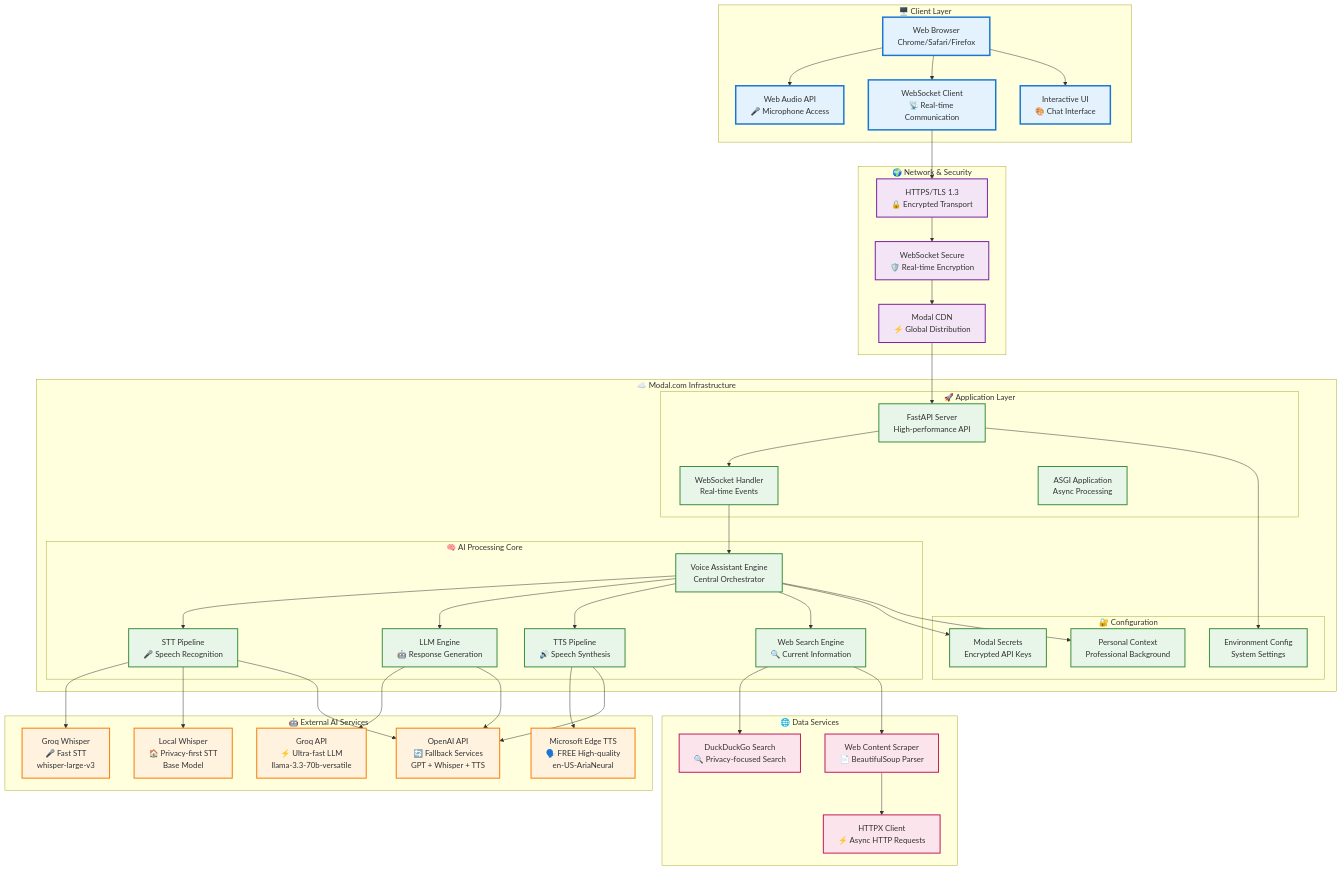
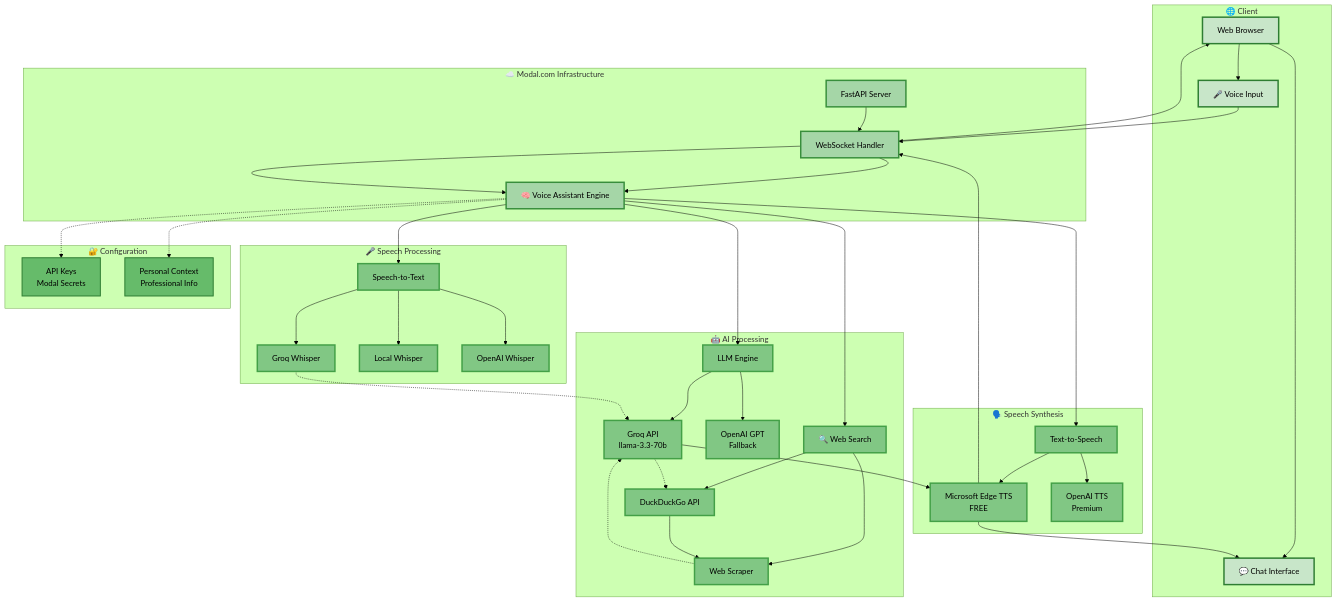
One commit to Mohan-this-side/Jackie-Personal-AI-Voice-Assistant changed the diagram in README.md. Above: the diagram before and after it, drawn with Mermaid. The commit also changed other lines of this file, not shown here.

````diff
--- a/README.md
+++ b/README.md
@@ -24,102 +20,72 @@
 ```mermaid
-graph TB
-    subgraph "🖥️ Client Layer"
-        Browser[Web Browser<br/>Chrome/Safari/Firefox]
-        WebAudio[Web Audio API<br/>🎤 Microphone Access]
-        WS_Client[WebSocket Client<br/>📡 Real-time Communication]
-        UI[Interactive UI<br/>🎨 Chat Interface]
+%%{init: {'theme':'forest'}}%%
+flowchart TD
+    subgraph "🌐 Client"
+        A[Web Browser] --> B[🎤 Voice Input]
+        A --> C[💬 Chat Interface]
     end
-
-    subgraph "🌍 Network & Security"
-        HTTPS[HTTPS/TLS 1.3<br/>🔒 Encrypted Transport]
-        WSS[WebSocket Secure<br/>🛡️ Real-time Encryption]
-        CDN[Modal CDN<br/>⚡ Global Distribution]
+    
+    subgraph "☁️ Modal.com Infrastructure"
+        D[FastAPI Server] --> E[WebSocket Handler]
+        E --> F[🧠 Voice Assistant Engine]
     end
-
-    subgraph "☁️ Modal.com Infrastructure"
-        subgraph "🚀 Application Layer"
-            FastAPI[FastAPI Server<br/>High-performance API]
-            WSHandler[WebSocket Handler<br/>Real-time Events]
-            ASGI[ASGI Application<br/>Async Processing]
-        end
+    
+    subgraph "🎤 Speech Processing"
+        F --> G[Speech-to-Text]
+        G --> G1[Groq Whisper]
+        G --> G2[Local Whisper]
+        G --> G3[OpenAI Whisper]
+    end
+    
+    subgraph "🤖 AI Processing"
+        F --> H[LLM Engine]
+        H --> H1[Groq API<br/>llama-3.3-70b]
+        H --> H2[OpenAI GPT<br/>Fallback]
         
-        subgraph "🧠 AI Processing Core"
-            VoiceAssistant[Voice Assistant Engine<br/>Central Orchestrator]
-            STTPipeline[STT Pipeline<br/>🎤 Speech Recognition]
-            LLMEngine[LLM Engine<br/>🤖 Response Generation]
-            TTSPipeline[TTS Pipeline<br/>🔊 Speech Synthesis]
-            WebSearcher[Web Search Engine<br/>🔍 Current Information]
-        end
-        
-        subgraph "🔐 Configuration"
-            Secrets[Modal Secrets<br/>Encrypted API Keys]
-            Context[Personal Context<br/>Professional Background]
-            Config[Environment Config<br/>System Settings]
-        end
+        F --> I[🔍 Web Search]
+        I --> I1[DuckDuckGo API]
+        I --> I2[Web Scraper]
     end
-
-    subgraph "🤖 External AI Services"
-        Groq[Groq API<br/>⚡ Ultra-fast LLM<br/>llama-3.3-70b-versatile]
-        GroqSTT[Groq Whisper<br/>🎤 Fast STT<br/>whisper-large-v3]
-        EdgeTTS[Microsoft Edge TTS<br/>🗣️ FREE High-quality<br/>en-US-AriaNeural]
-        OpenAI[OpenAI API<br/>🔄 Fallback Services<br/>GPT + Whisper + TTS]
-        LocalWhisper[Local Whisper<br/>🏠 Privacy-first STT<br/>Base Model]
+    
+    subgraph "🗣️ Speech Synthesis"
+        F --> J[Text-to-Speech]
+        J --> J1[Microsoft Edge TTS<br/>FREE]
+        J --> J2[OpenAI TTS<br/>Premium]
     end
-
-    subgraph "🌐 Data Services"
-        DuckDuckGo[DuckDuckGo Search<br/>🔍 Privacy-focused Search]
-        WebScraper[Web Content Scraper<br/>📄 BeautifulSoup Parser]
-        HTTPX[HTTPX Client<br/>⚡ Async HTTP Requests]
+    
+    subgraph "🔐 Configuration"
+        K[API Keys<br/>Modal Secrets]
+        L[Personal Context<br/>Professional Info]
     end
-
-    %% Client Flow
-    Browser --> WebAudio
-    Browser --> WS_Client
-    Browser --> UI
     
-    %% Network Flow
-    WS_Client --> HTTPS
-    HTTPS --> WSS
-    WSS --> CDN
-    CDN --> FastAPI
+    %% Data Flow
+    B --> E
+    E --> F
+    G1 -.-> H1
+    H1 --> J1
+    J1 --> C
     
-    %% Application Flow
-    FastAPI --> WSHandler
-    WSHandler --> VoiceAssistant
-    VoiceAssistant --> STTPipeline
-    VoiceAssistant --> LLMEngine
-    VoiceAssistant --> TTSPipeline
-    VoiceAssistant --> WebSearcher
-    
-    %% AI Services
-    STTPipeline --> GroqSTT
-    STTPipeline --> LocalWhisper
-    STTPipeline --> OpenAI
-    LLMEngine --> Groq
-    LLMEngine --> OpenAI
-    TTSPipeline --> EdgeTTS
-    TTSPipeline --> OpenAI
-    
-    %% Data Services
-    WebSearcher --> DuckDuckGo
-    WebSearcher --> WebScraper
-    WebScraper --> HTTPX
+    %% Search Flow
+    H1 -.-> I1
+    I1 --> I2
+    I2 -.-> H1
     
     %% Configuration
-    VoiceAssistant --> Secrets
-    VoiceAssistant --> Context
-    FastAPI --> Config
-
-    %% Styling
-    classDef client fill:#e3f2fd,stroke:#1976d2,stroke-width:3px
-    classDef network fill:#f3e5f5,stroke:#7b1fa2,stroke-width:2px
-    classDef modal fill:#e8f5e9,stroke:#388e3c,stroke-width:2px
-    classDef ai fill:#fff3e0,stroke:#f57c00,stroke-width:2px
-    classDef data fill:#fce4ec,stroke:#c2185b,stroke-width:2px
-
-    class Browser,WebAudio,WS_Client,UI client
-    class HTTPS,WSS,CDN network
-    class FastAPI,WSHandler,ASGI,VoiceAssistant,STTPipeline,LLMEngine,TTSPipeline,WebSearcher,Secrets,Context,Config modal
-    class Groq,GroqSTT,EdgeTTS,OpenAI,LocalWhisper ai
-    class DuckDuckGo,WebScraper,HTTPX data
+    F -.-> K
+    F -.-> L
+    
+    %% Response Path
+    J1 --> E
+    E --> A
+    
+    %% Styling with forest theme colors
+    classDef client fill:#c8e6c9,stroke:#2e7d32,stroke-width:3px
+    classDef modal fill:#a5d6a7,stroke:#388e3c,stroke-width:3px
+    classDef ai fill:#81c784,stroke:#43a047,stroke-width:3px
+    classDef config fill:#66bb6a,stroke:#2e7d32,stroke-width:2px
+    
+    class A,B,C client
+    class D,E,F modal
+    class G,G1,G2,G3,H,H1,H2,I,I1,I2,J,J1,J2 ai
+    class K,L config
 ```
````
